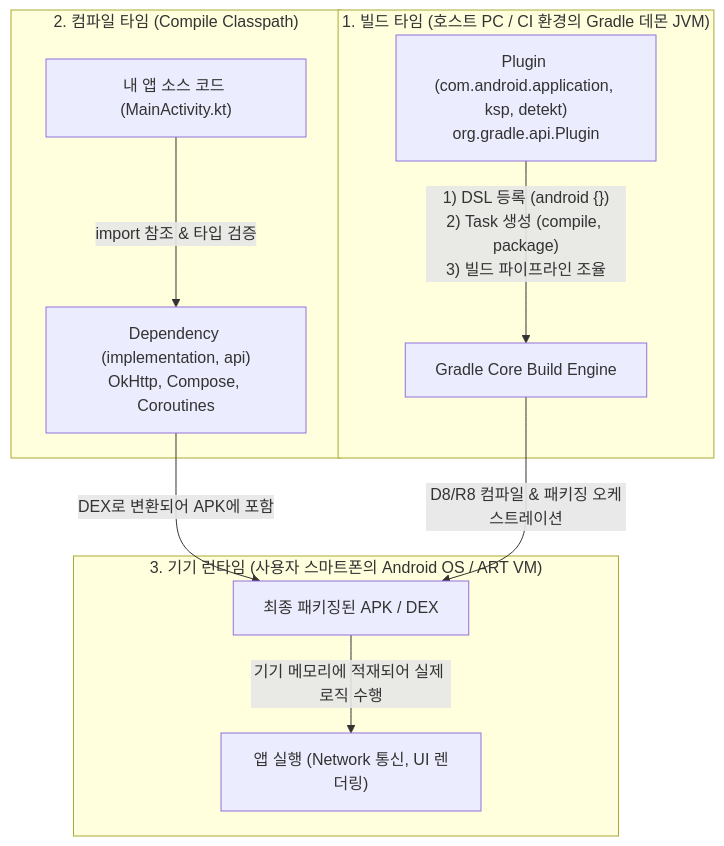
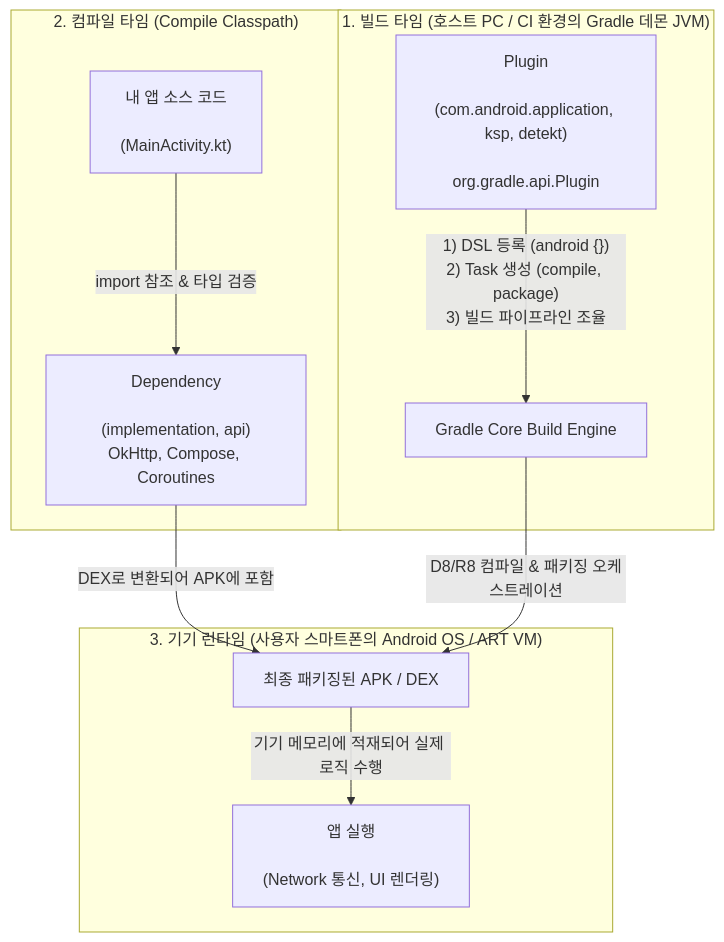
One commit to youngmin-gwon/what-i-studied changed the first of 2 diagrams in 01_inbox/mobile/android/03_packaging_deployment/build/gradle/gradle-build/gradle-plugins-vs-dependencies.md. Above: the diagram before and after it, drawn with Mermaid. The commit also changed other lines of this file, not shown here.

Commit message:
vault backup: 2026-08-21 17:54:41

````diff
--- a/01_inbox/mobile/android/03_packaging_deployment/build/gradle/gradle-build/gradle-plugins-vs-dependencies.md
+++ b/01_inbox/mobile/android/03_packaging_deployment/build/gradle/gradle-build/gradle-plugins-vs-dependencies.md
@@ -20,21 +20,21 @@
 ```mermaid
 flowchart TD
     subgraph BuildTime ["1. 빌드 타임 (호스트 PC / CI 환경의 Gradle 데몬 JVM)"]
-        PluginJAR["Plugin (com.android.application, ksp, detekt)<br/>org.gradle.api.Plugin<Project>"]
+        PluginJAR["Plugin<br/><br/>(com.android.application, ksp, detekt)<br/><br/>org.gradle.api.Plugin<Project>"]
         PluginJAR -->|"1) DSL 등록 (android {})<br/>2) Task 생성 (compile, package)<br/>3) 빌드 파이프라인 조율"| GradleEngine["Gradle Core Build Engine"]
     end
 
     subgraph CompileTime ["2. 컴파일 타임 (Compile Classpath)"]
-        AppSource["내 앱 소스 코드 (MainActivity.kt)"]
-        DepCompile["Dependency (implementation, api)<br/>OkHttp, Compose, Coroutines"]
+        AppSource["내 앱 소스 코드<br/><br/>(MainActivity.kt)"]
+        DepCompile["Dependency<br/><br/>(implementation, api)<br/>OkHttp, Compose, Coroutines"]
         AppSource -->|"import 참조 & 타입 검증"| DepCompile
     end
 
     subgraph RunTime ["3. 기기 런타임 (사용자 스마트폰의 Android OS / ART VM)"]
         FinalAPK["최종 패키징된 APK / DEX"]
         DepCompile -->|"DEX로 변환되어 APK에 포함"| FinalAPK
-        FinalAPK -->|"기기 메모리에 적재되어 실제 로직 수행"| DeviceApp["앱 실행 (Network 통신, UI 렌더링)"]
+        FinalAPK -->|"기기 메모리에 적재되어 실제 로직 수행"| DeviceApp["앱 실행<br/><br/>(Network 통신, UI 렌더링)"]
     end
 
     GradleEngine -->|"D8/R8 컴파일 & 패키징 오케스트레이션"| FinalAPK
 ```
````
